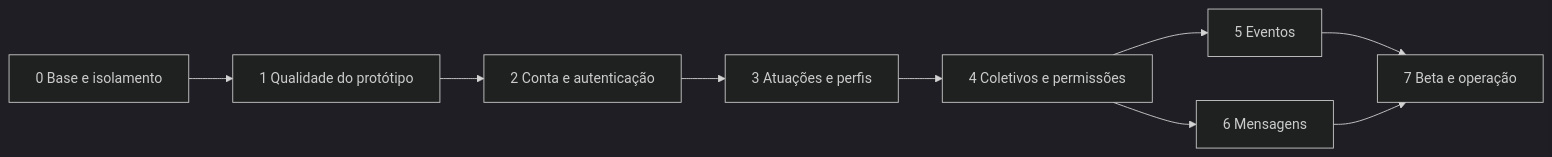
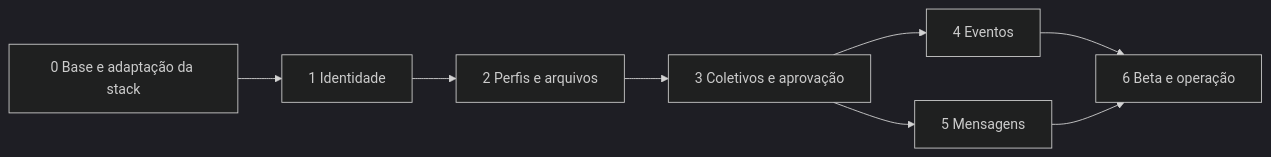
The diagram in docs/planning/implementation-plan.md (IgnisDevNE/CircuitoNE), drawn with Mermaid (dark theme) before and after one commit. The commit also changed other lines of this file and 17 other files, not shown here.

````diff
--- a/docs/planning/implementation-plan.md
+++ b/docs/planning/implementation-plan.md
@@ -9,11 +17,10 @@
 ```mermaid
 flowchart LR
-  F0[0 Base e isolamento] --> F1[1 Qualidade do protótipo]
-  F1 --> F2[2 Conta e autenticação]
-  F2 --> F3[3 Atuações e perfis]
-  F3 --> F4[4 Coletivos e permissões]
-  F4 --> F5[5 Eventos]
-  F4 --> F6[6 Mensagens]
-  F5 --> F7[7 Beta e operação]
-  F6 --> F7
+  F0[0 Base e adaptação da stack] --> F1[1 Identidade]
+  F1 --> F2[2 Perfis e arquivos]
+  F2 --> F3[3 Coletivos e aprovação]
+  F3 --> F4[4 Eventos]
+  F3 --> F5[5 Mensagens]
+  F4 --> F6[6 Beta e operação]
+  F5 --> F6
 ```
````
